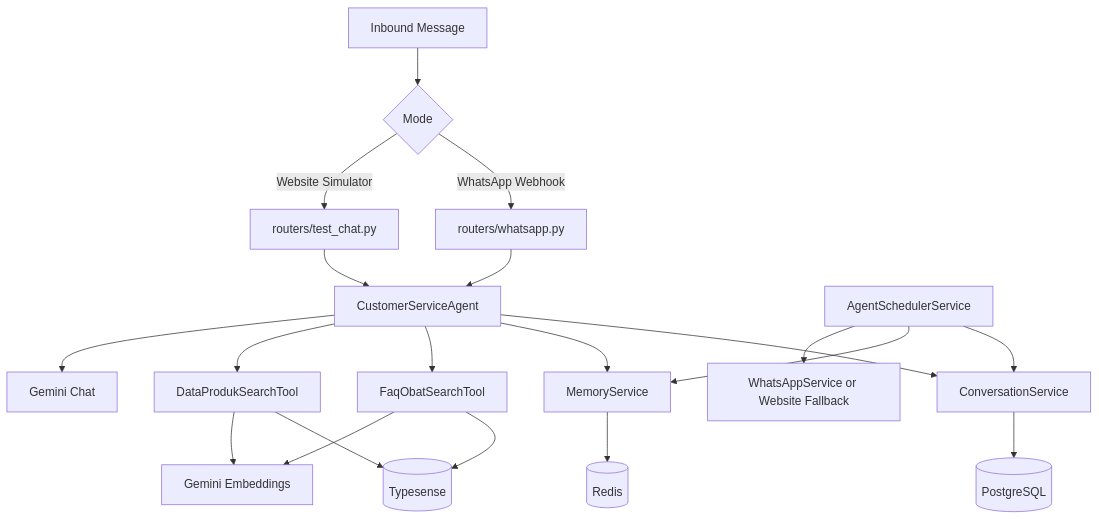
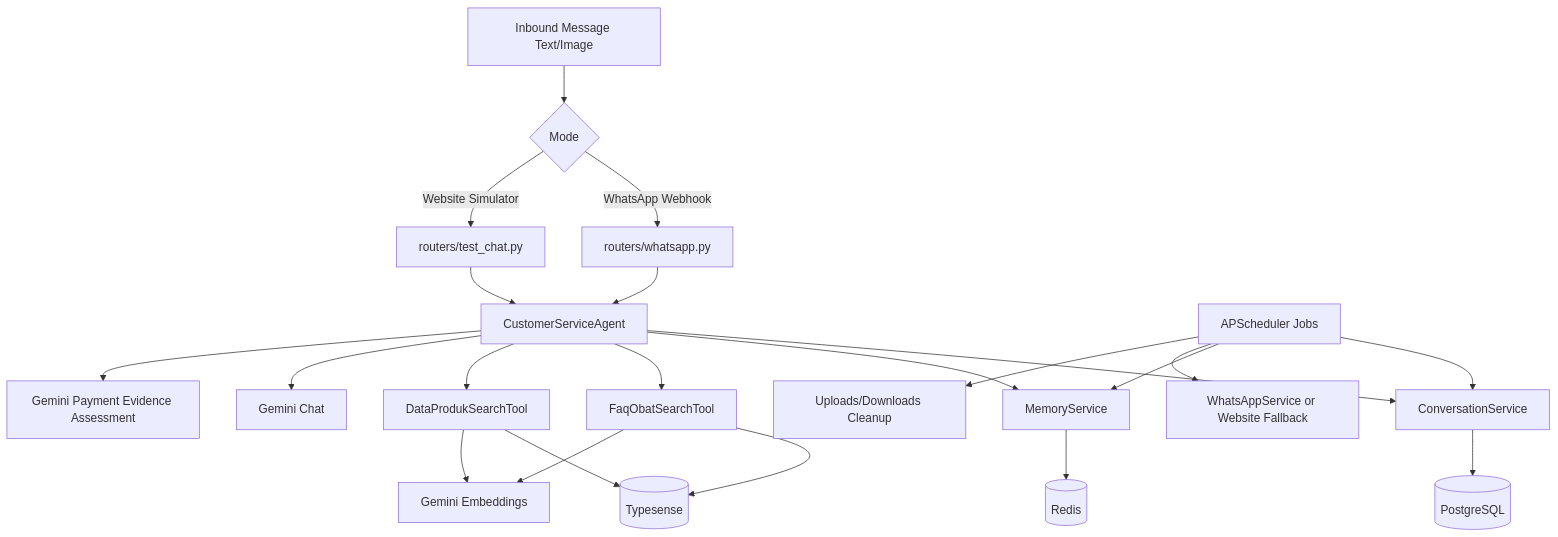
The first of 3 diagrams in docs/DOCUMENTATION.md (akmalmzkki25/mini-harness-agent-cs), drawn with Mermaid before and after one commit. The commit also changed other lines of this file and 16 other files, not shown here.

First line of the commit message:
feat: Enhance conversation service to support file uploads and improve WhatsApp message handling

````diff
--- a/docs/DOCUMENTATION.md
+++ b/docs/DOCUMENTATION.md
@@ -87,26 +87,28 @@
 ```mermaid
 flowchart TD
-    A[Inbound Message] --> B{Mode}
+    A[Inbound Message Text/Image] --> B{Mode}
     B -->|WhatsApp Webhook| C[routers/whatsapp.py]
     B -->|Website Simulator| D[routers/test_chat.py]
 
     C --> E[CustomerServiceAgent]
     D --> E
 
     E --> F[ConversationService]
     E --> G[MemoryService]
     E --> H[FaqObatSearchTool]
     E --> I[DataProdukSearchTool]
     E --> J[Gemini Chat]
+    E --> Q[Gemini Payment Evidence Assessment]
 
     F --> K[(PostgreSQL)]
     G --> L[(Redis)]
     H --> M[(Typesense)]
     I --> M
     H --> N[Gemini Embeddings]
     I --> N
 
-    O[AgentSchedulerService] --> F
+    O[APScheduler Jobs] --> F
     O --> G
     O --> P[WhatsAppService or Website Fallback]
+    O --> R[Uploads/Downloads Cleanup]
 ```
````
